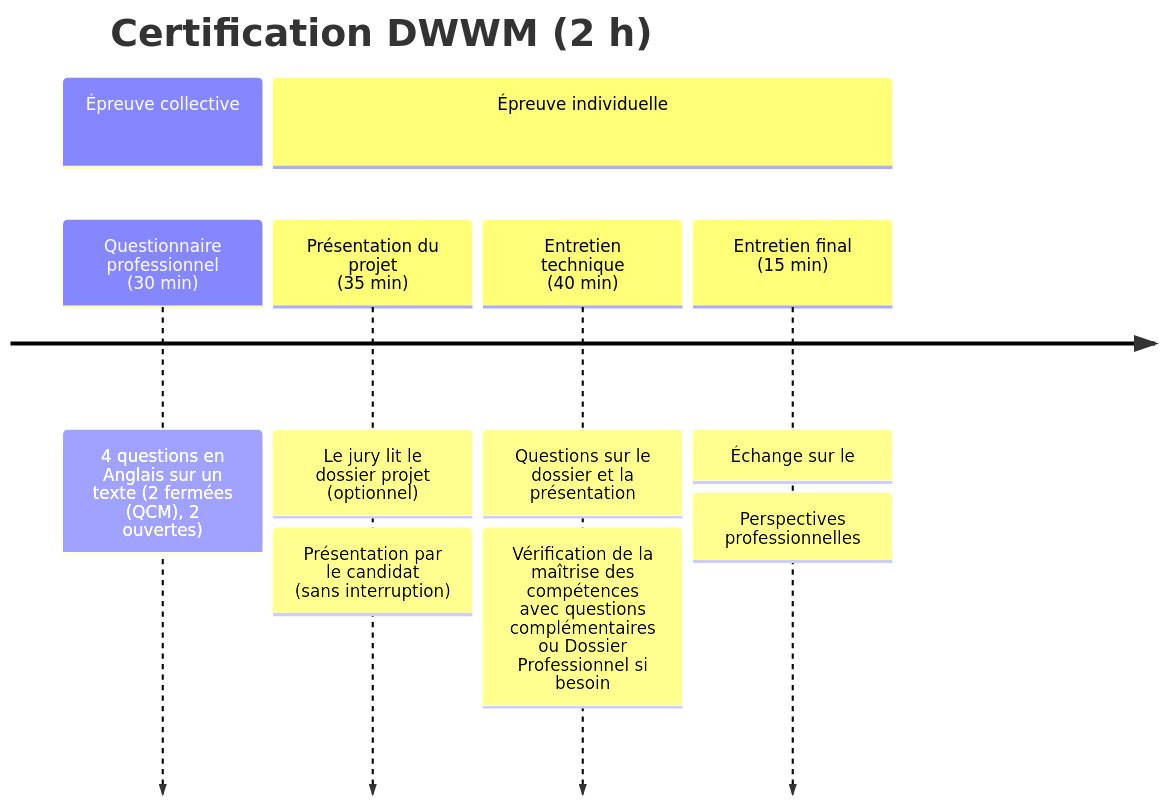
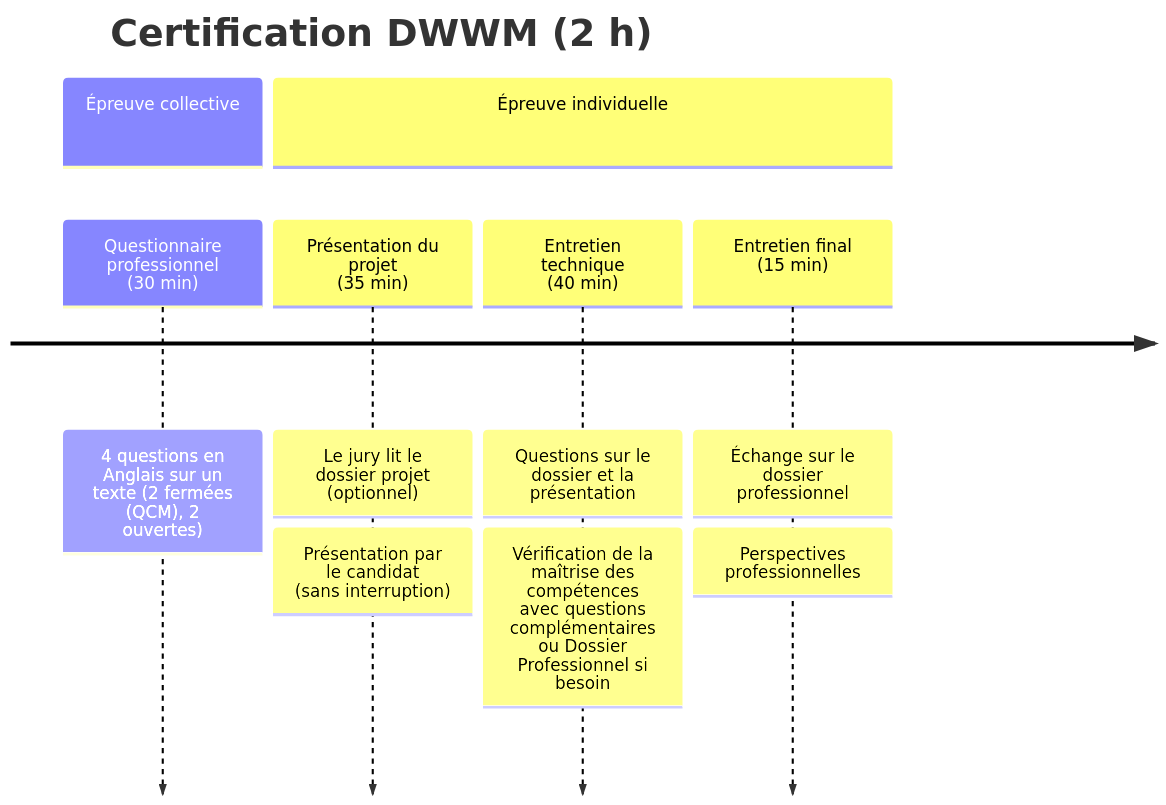
Before and after one commit to ebouchut/bouchut-eric-dossiers-pros-DWWM: the diagram in README.md, drawn with Mermaid.

Commit message:
docs(README): Fix the "Entretien final" section
Add the end of the sentence which was missing.

````diff
--- a/README.md
+++ b/README.md
@@ -25,19 +25,19 @@
 ```mermaid
 timeline
     title Certification DWWM (2 h)
 
     section Épreuve collective
         Questionnaire professionnel<br>(30 min)
                 : 4 questions en Anglais sur un texte (2 fermées (QCM), 2 ouvertes)
 
     section Épreuve individuelle
         Présentation du projet<br>(35 min)
                 : Le jury lit le dossier projet (optionnel)
                 : Présentation par le candidat<br>(sans interruption)
         Entretien technique<br>(40 min)
                 : Questions sur le dossier et la présentation
                 : Vérification de la maîtrise des compétences<br>avec questions complémentaires ou Dossier Professionnel si besoin
         Entretien final<br>(15 min)
-                : Échange sur le 
+                : Échange sur le dossier professionnel
                 : Perspectives professionnelles
 ```
````
